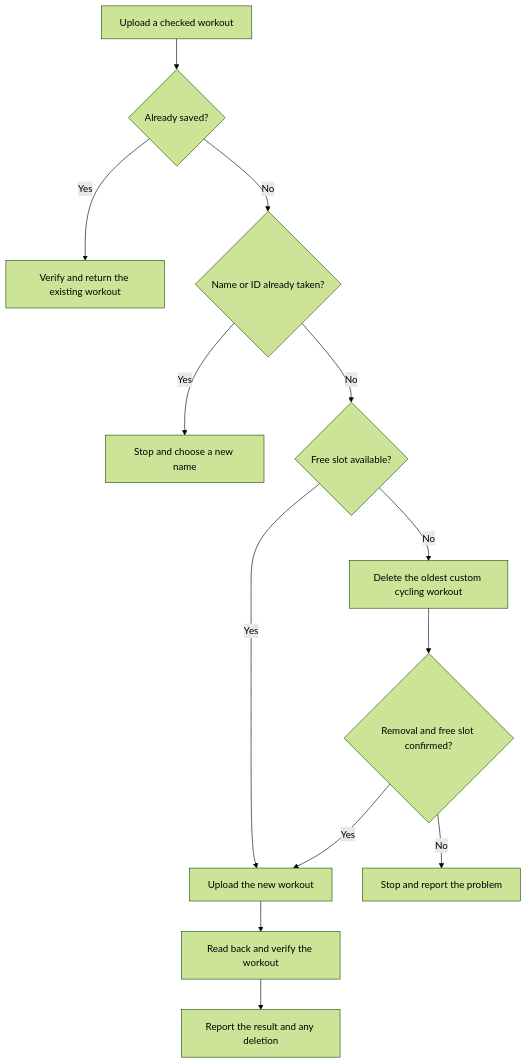
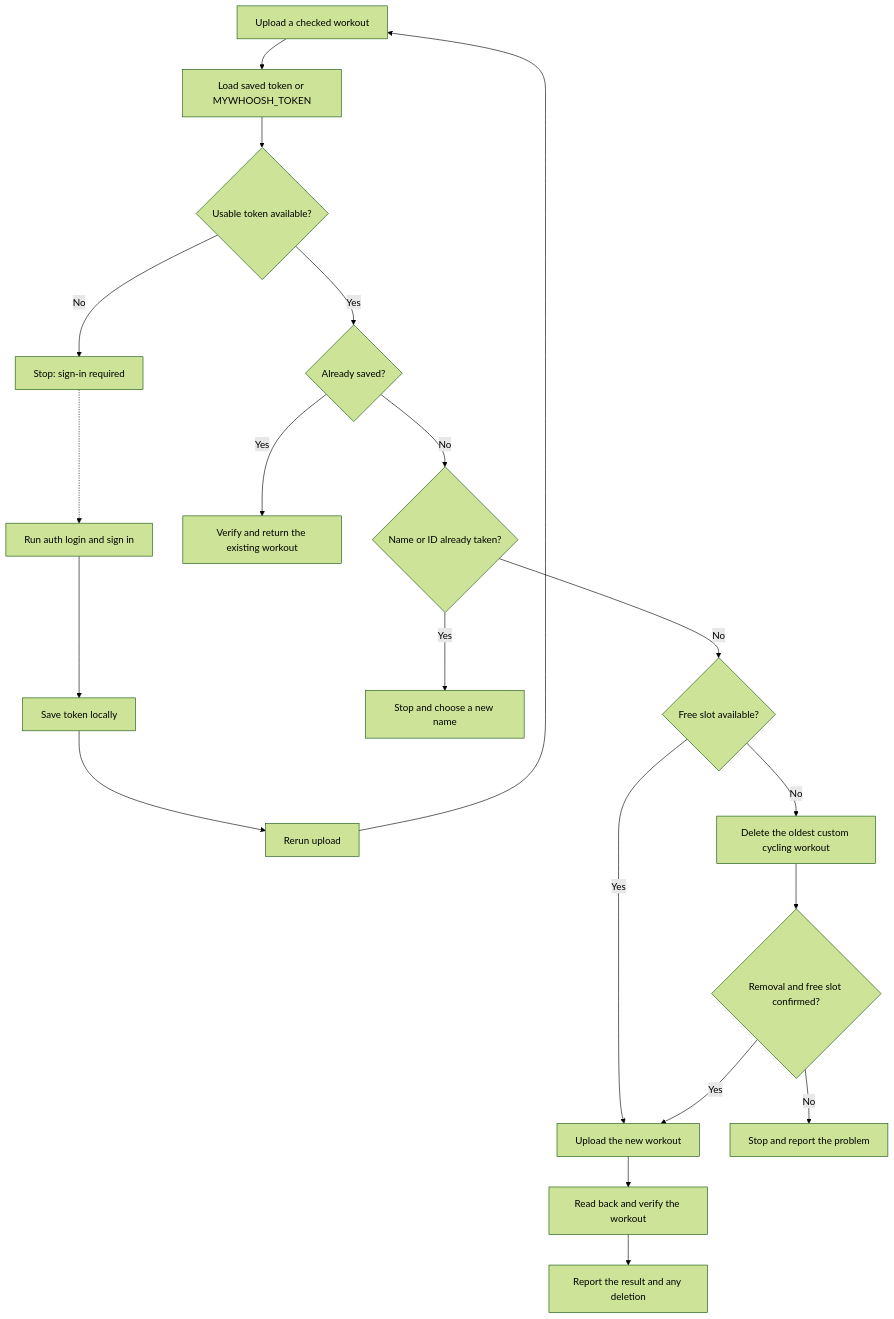
Before and after one commit to Puh00/whoosh-uploader: the second of 2 diagrams in README.md, drawn with Mermaid (forest theme). The commit also changed other lines of this file, not shown here.

Commit message:
Document workout schema and token login flow

````diff
--- a/README.md
+++ b/README.md
@@ -38,15 +38,22 @@
 ```mermaid
 flowchart TD
-    Start["Upload a checked workout"] --> Duplicate{"Already saved?"}
+    Start["Upload a checked workout"] --> Token["Load saved token or MYWHOOSH_TOKEN"]
+    Token --> Ready{"Usable token available?"}
+    Ready -->|No| AuthStop["Stop: sign-in required"]
+    AuthStop -.-> Login["Run auth login and sign in"]
+    Login --> Cache["Save token locally"]
+    Cache --> Retry["Rerun upload"]
+    Retry --> Start
+    Ready -->|Yes| Duplicate{"Already saved?"}
     Duplicate -->|Yes| Existing["Verify and return the existing workout"]
     Duplicate -->|No| Conflict{"Name or ID already taken?"}
     Conflict -->|Yes| Rename["Stop and choose a new name"]
     Conflict -->|No| Space{"Free slot available?"}
     Space -->|Yes| Save["Upload the new workout"]
     Space -->|No| Delete["Delete the oldest custom cycling workout"]
     Delete --> Confirm{"Removal and free slot confirmed?"}
     Confirm -->|Yes| Save
     Confirm -->|No| Stop["Stop and report the problem"]
     Save --> Verify["Read back and verify the workout"]
     Verify --> Result["Report the result and any deletion"]
 ```
````
